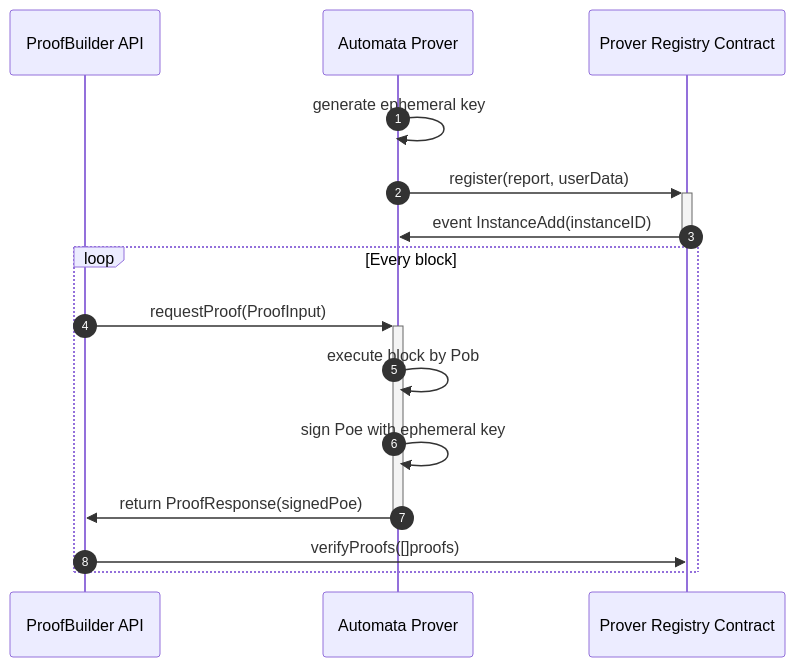
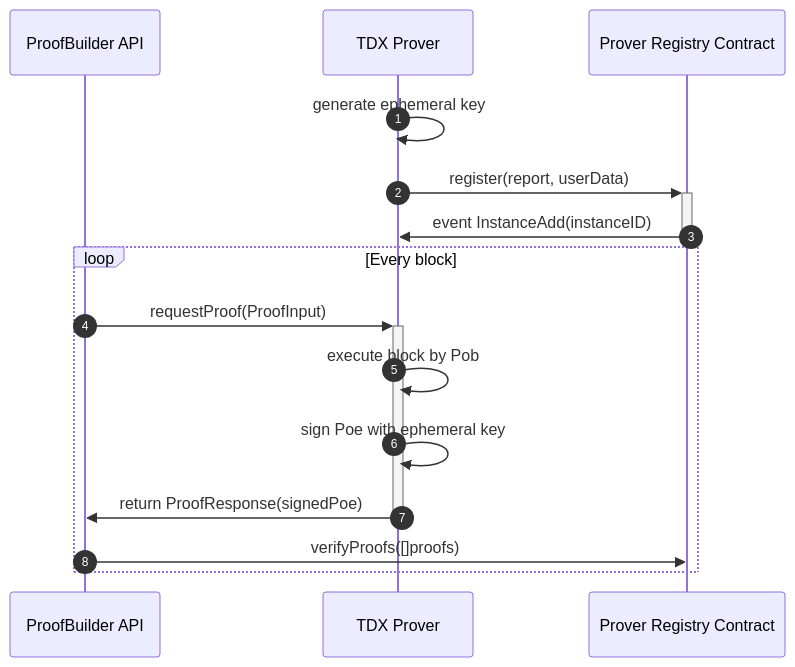
The diagram in README.md (automata-network/unifi-tdx-prover), drawn with Mermaid before and after one commit.

````diff
--- a/README.md
+++ b/README.md
@@ -5,21 +5,21 @@
 ```mermaid
 sequenceDiagram
   autonumber
 	  participant B as ProofBuilder API
-	  participant P as Automata Prover
+	  participant P as TDX Prover
 	  participant R as Prover Registry Contract
 
 P->>P: generate ephemeral key
 P->>+R: register(report, userData)
 R->>-P: event InstanceAdd(instanceID)
 loop Every block
 
 B->>+P: requestProof(ProofInput)
 P->>P: execute block by Pob
 P->>P: sign Poe with ephemeral key
 P->>-B: return ProofResponse(signedPoe)
 
 B->>R: verifyProofs([]proofs)
 
 end
 ```
````
